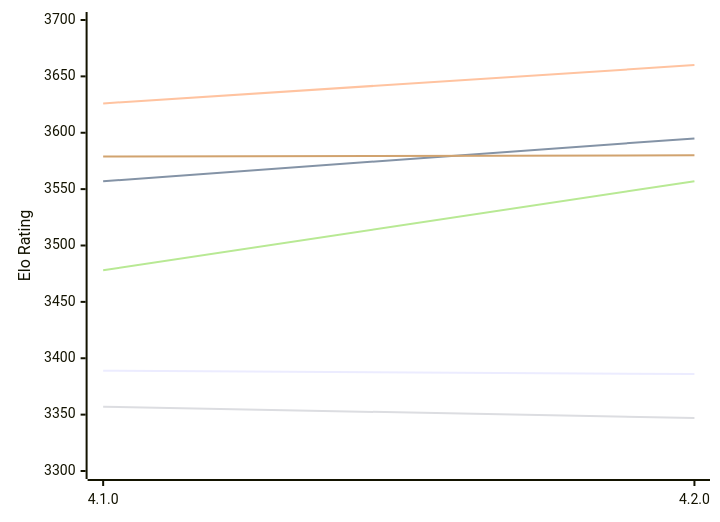
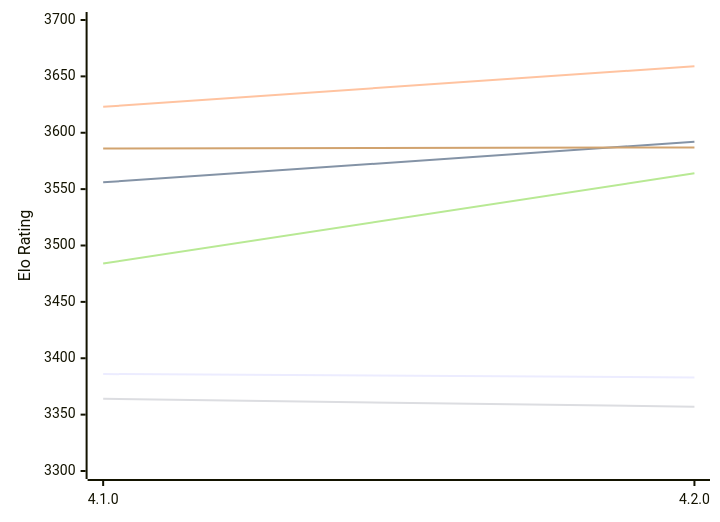
The first of 2 diagrams in engines/Raphael.md (computer-chess-index/cci), drawn with Mermaid before and after one commit. The commit also changed other lines of this file, not shown here.

Commit message:
Update CCI Ratings (ELO VLTC) - 2026-11-23

````diff
--- a/engines/Raphael.md
+++ b/engines/Raphael.md
@@ -59,12 +59,12 @@
 ```mermaid
 %%{init: {"theme":"base","themeVariables":{"seriesColors:['#a3a3a3','#222221','#faa371']}}}%%
 xychart-beta
   x-axis ["4.1.0", "4.2.0"]
   y-axis "Elo Rating" 3300 --> 3700
-  line "E1: STC (8.0+0.08s)" [3389, 3386]
-  line "E1: LTC (60.0+0.60s)" [3557, 3595]
-  line "E1: VLTC (2m24s+1.12s)" [3626, 3660]
-  line "P1: STC (8.0+0.08s)" [3357, 3347]
-  line "P1: LTC (60.0+0.60s)" [3478, 3557]
-  line "P1: VLTC (2m24s+1.12s)" [3579, 3580]
+  line "E1: STC (8.0+0.08s)" [3386, 3383]
+  line "E1: LTC (60.0+0.60s)" [3556, 3592]
+  line "E1: VLTC (2m24s+1.12s)" [3623, 3659]
+  line "P1: STC (8.0+0.08s)" [3364, 3357]
+  line "P1: LTC (60.0+0.60s)" [3484, 3564]
+  line "P1: VLTC (2m24s+1.12s)" [3586, 3587]
 ```
````
